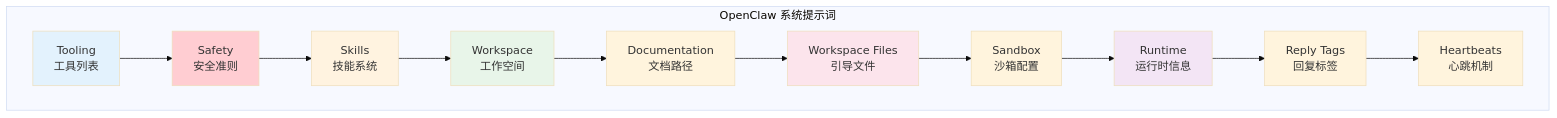
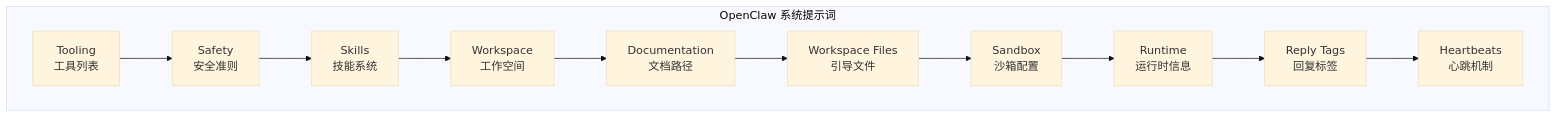
The fourth of 4 diagrams in 05-context-engineering-zh.md (yuexiaoliang/prompt-engineering-learning), drawn with Mermaid (base theme) before and after one commit. The commit also changed other lines of this file, not shown here.

Commit message:
fix: remove hardcoded fill colors from Mermaid diagrams for light/dark theme adaptation

````diff
--- a/05-context-engineering-zh.md
+++ b/05-context-engineering-zh.md
@@ -766,21 +764,14 @@
 ```mermaid
 graph TD
     subgraph "OpenClaw 系统提示词"
         A[Tooling<br/>工具列表] --> B[Safety<br/>安全准则]
         B --> C[Skills<br/>技能系统]
         C --> D[Workspace<br/>工作空间]
         D --> E[Documentation<br/>文档路径]
         E --> F[Workspace Files<br/>引导文件]
         F --> G[Sandbox<br/>沙箱配置]
         G --> H[Runtime<br/>运行时信息]
         H --> I[Reply Tags<br/>回复标签]
         I --> J[Heartbeats<br/>心跳机制]
     end
-
-    style A fill:#e3f2fd
-    style B fill:#ffcdd2
-    style C fill:#fff3e0
-    style D fill:#e8f5e9
-    style F fill:#fce4ec
-    style H fill:#f3e5f5
 ```
````
